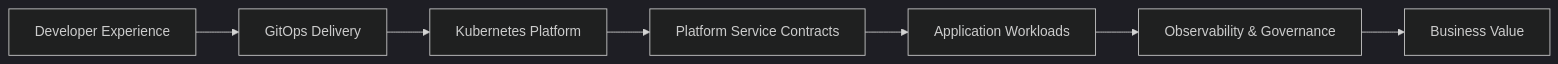
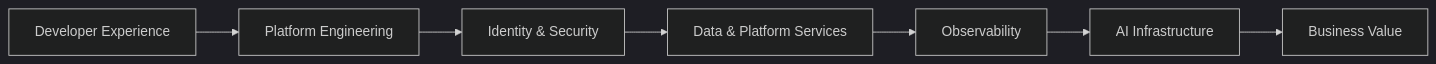
Before and after one commit to edwin-omoigui/platform-architecture-portfolio: the diagram in README.md, drawn with Mermaid (dark theme). The commit also changed other lines of this file and 10 other files, not shown here.

````diff
--- a/README.md
+++ b/README.md
@@ -25,9 +66,9 @@
 ```mermaid
 flowchart LR
-    A[Developer Experience] --> B[GitOps Delivery]
-    B --> C[Kubernetes Platform]
-    C --> D[Platform Service Contracts]
-    D --> E[Application Workloads]
-    E --> F[Observability & Governance]
+    A[Developer Experience] --> B[Platform Engineering]
+    B --> C[Identity & Security]
+    C --> D[Data & Platform Services]
+    D --> E[Observability]
+    E --> F[AI Infrastructure]
     F --> G[Business Value]
 ```
````
